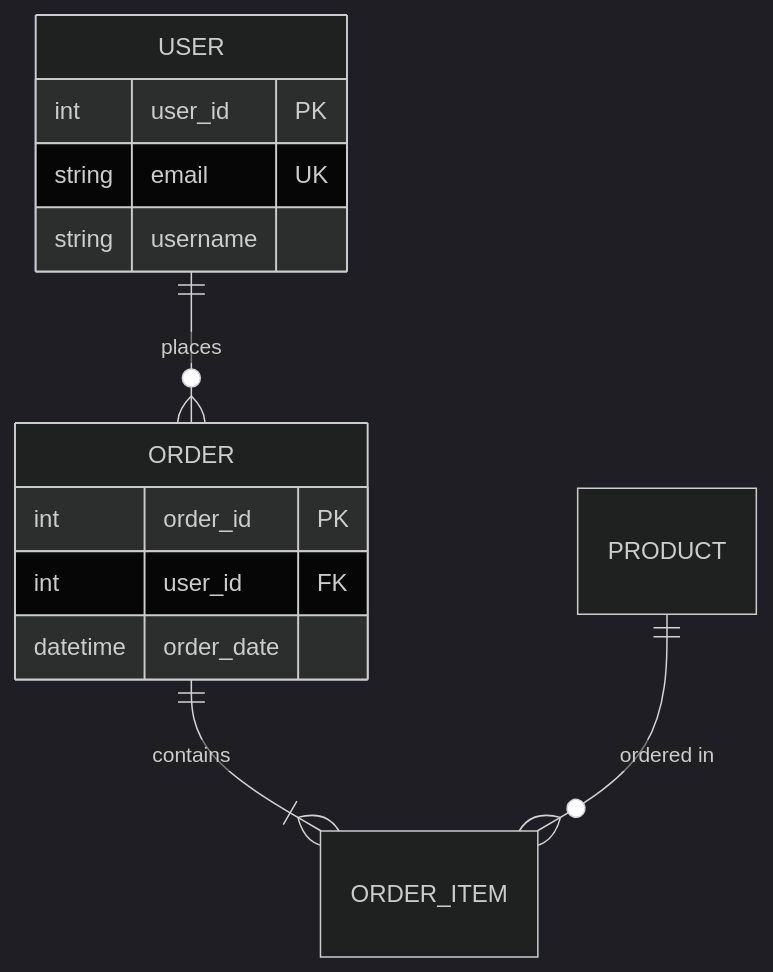
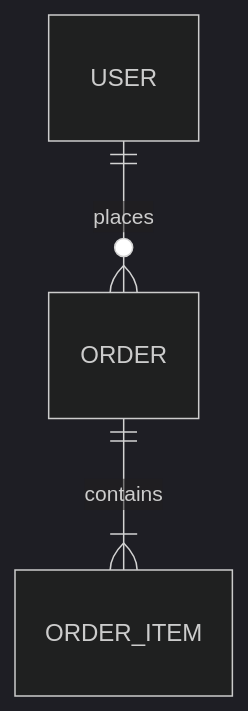
One commit to oboukhris-palo/training-day-3 changed the second of 5 diagrams in project-template/.github/guides/diagram-usage.guide.md. Above: the diagram before and after it, drawn with Mermaid (dark theme). The commit also changed other lines of this file and 17 other files, not shown here.

````diff
--- a/project-template/.github/guides/diagram-usage.guide.md
+++ b/project-template/.github/guides/diagram-usage.guide.md
@@ -264,17 +27,5 @@
 ```mermaid
 erDiagram
     USER ||--o{ ORDER : places
     ORDER ||--|{ ORDER_ITEM : contains
-    PRODUCT ||--o{ ORDER_ITEM : "ordered in"
-    
-    USER {
-        int user_id PK
-        string email UK
-        string username
-    }
-    ORDER {
-        int order_id PK
-        int user_id FK
-        datetime order_date
-    }
 ```
````
